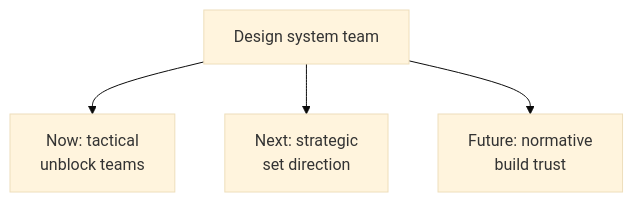
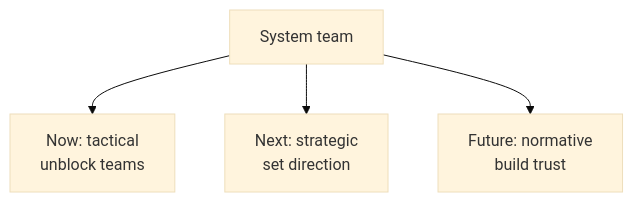
One commit to F4cu/ds101 changed the diagram in src/content/docs/stakeholder-alignment.md. Above: the diagram before and after it, drawn with Mermaid (base theme). The commit also changed other lines of this file and 25 other files, not shown here.

````diff
--- a/src/content/docs/stakeholder-alignment.md
+++ b/src/content/docs/stakeholder-alignment.md
@@ -95,6 +95,6 @@
 ```mermaid
 flowchart TD
-  Team["Design system team"] --> Now["Now: tactical<br/>unblock teams"]
+  Team["System team"] --> Now["Now: tactical<br/>unblock teams"]
   Team --> Next["Next: strategic<br/>set direction"]
   Team --> Future["Future: normative<br/>build trust"]
 ```
````
